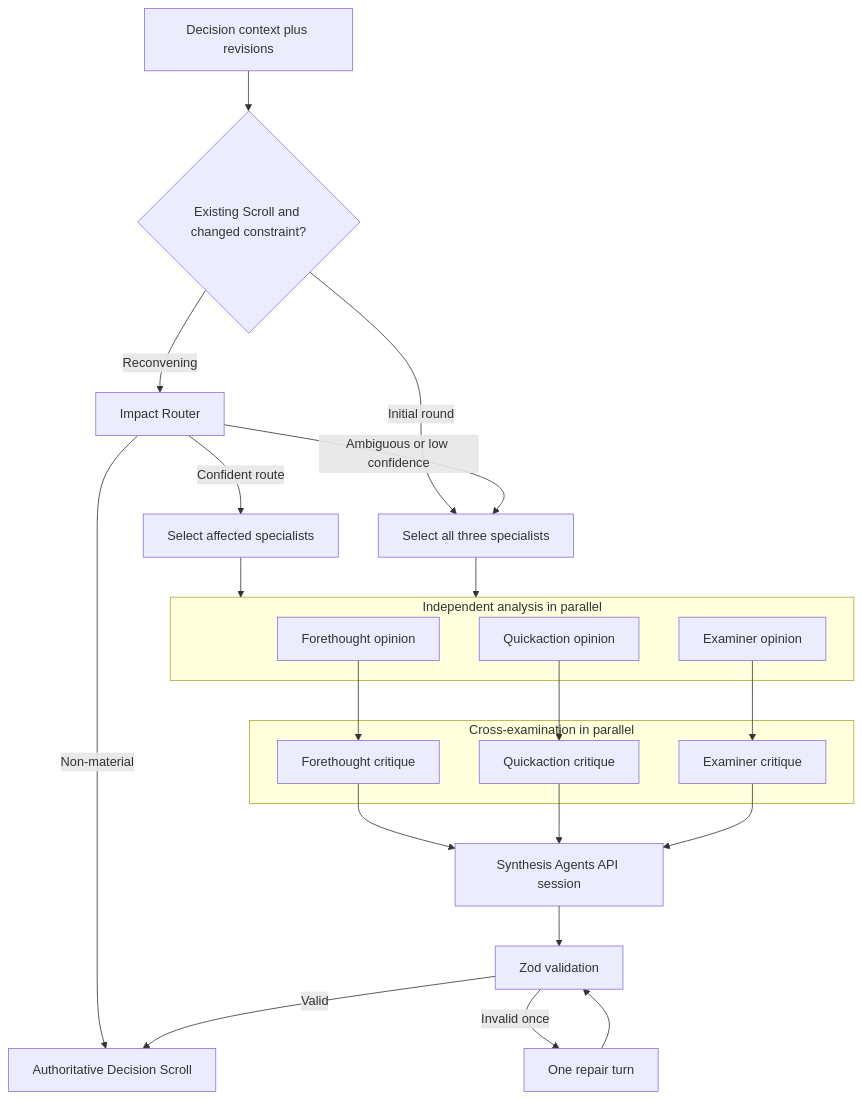
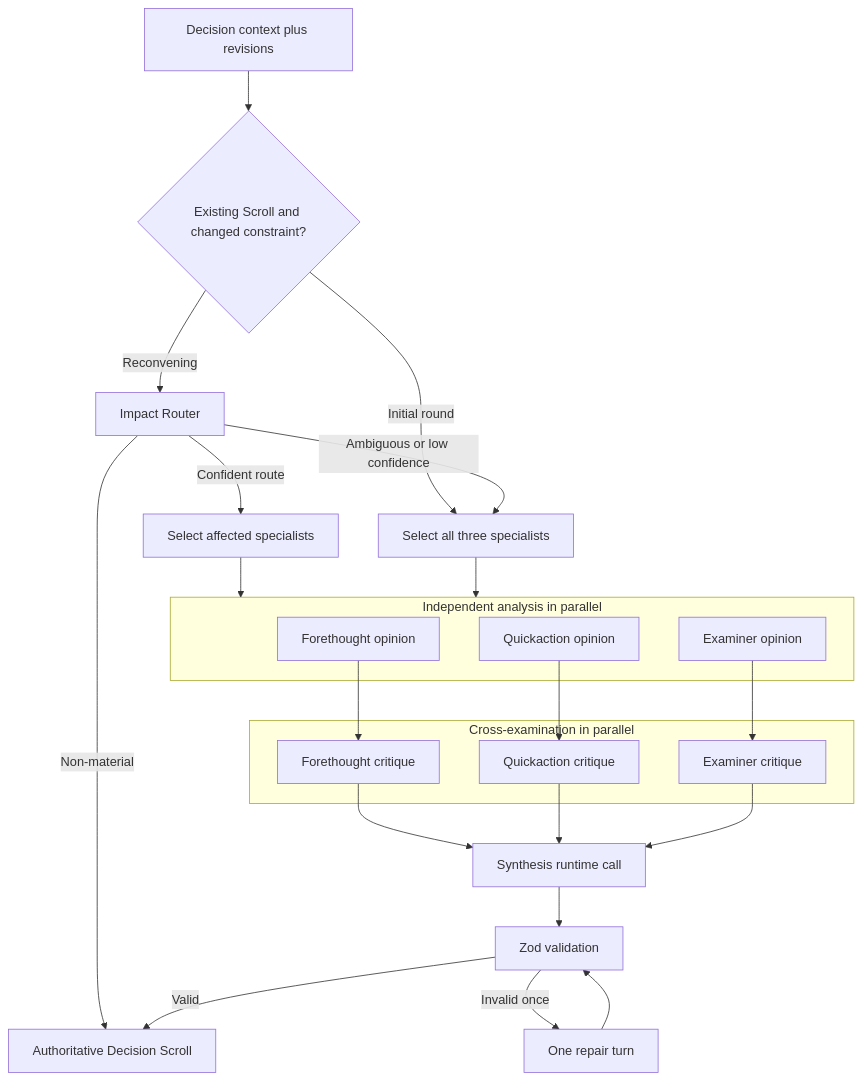
Before and after one commit to Laksh-star/sagacity-syndicate: the sixth of 10 diagrams in ARCHITECTURE.md, drawn with Mermaid. The commit also changed other lines of this file and 88 other files, not shown here.

````diff
--- a/ARCHITECTURE.md
+++ b/ARCHITECTURE.md
@@ -238,43 +293,43 @@
 ```mermaid
 flowchart TB
     REQUEST[Decision context plus revisions]
     ROUTER{Existing Scroll and changed constraint?}
     IMPACT[Impact Router]
     SELECT[Select affected specialists]
     ALL[Select all three specialists]
 
     subgraph I[Independent analysis in parallel]
         F1[Forethought opinion]
         Q1[Quickaction opinion]
         E1[Examiner opinion]
     end
 
     subgraph X[Cross-examination in parallel]
         F2[Forethought critique]
         Q2[Quickaction critique]
         E2[Examiner critique]
     end
 
-    SYN[Synthesis Agents API session]
+    SYN[Synthesis runtime call]
     VALIDATE[Zod validation]
     SCROLL[Authoritative Decision Scroll]
 
     REQUEST --> ROUTER
     ROUTER -->|Initial round| ALL
     ROUTER -->|Reconvening| IMPACT
     IMPACT -->|Non-material| SCROLL
     IMPACT -->|Confident route| SELECT
     IMPACT -->|Ambiguous or low confidence| ALL
     SELECT --> I
     ALL --> I
     F1 --> F2
     Q1 --> Q2
     E1 --> E2
     F2 --> SYN
     Q2 --> SYN
     E2 --> SYN
     SYN --> VALIDATE
     VALIDATE -->|Valid| SCROLL
     VALIDATE -->|Invalid once| REPAIR[One repair turn]
     REPAIR --> VALIDATE
 ```
````
